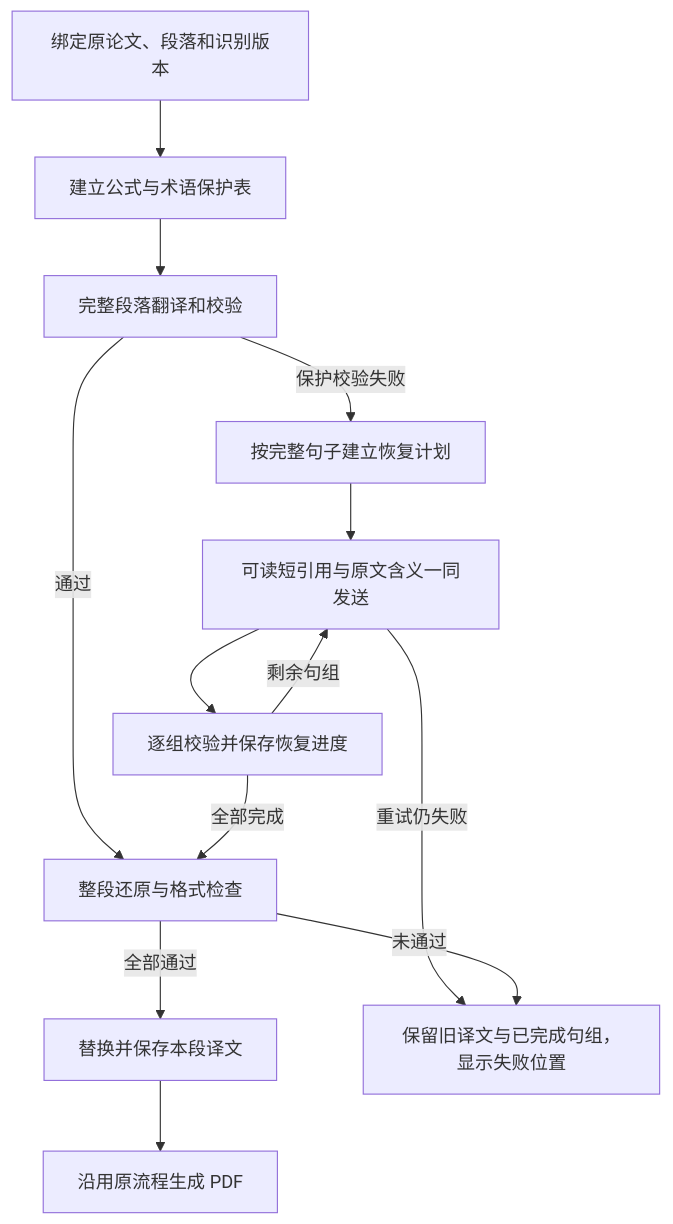
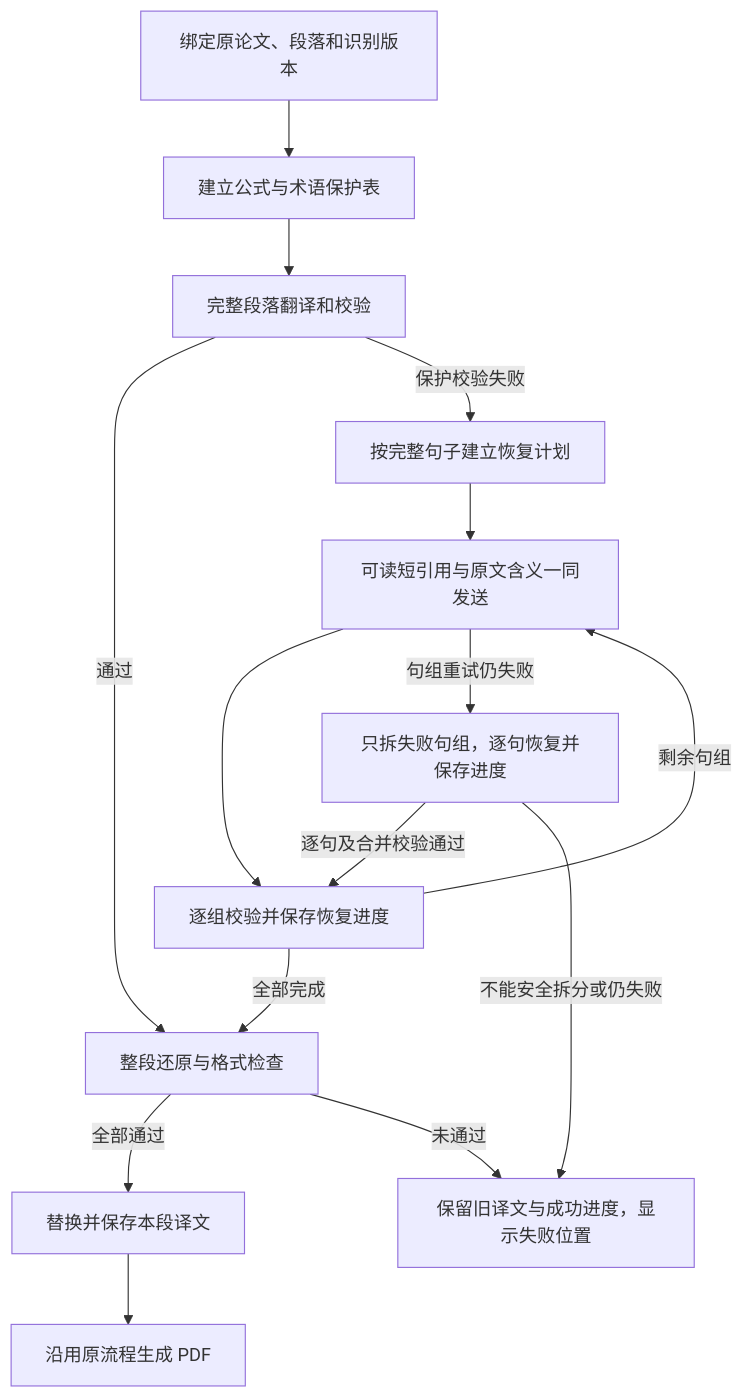
The diagram in docs/TRANSLATION_RECOVERY.zh-CN.md (alan-hpc/zotero-paper-weave), drawn with Mermaid before and after one commit. The commit also changed other lines of this file and 15 other files, not shown here.

````diff
--- a/docs/TRANSLATION_RECOVERY.zh-CN.md
+++ b/docs/TRANSLATION_RECOVERY.zh-CN.md
@@ -23,15 +25,17 @@
 ```mermaid
 flowchart TD
     A[绑定原论文、段落和识别版本] --> B[建立公式与术语保护表]
     B --> C[完整段落翻译和校验]
     C -->|通过| G[整段还原与格式检查]
     C -->|保护校验失败| D[按完整句子建立恢复计划]
     D --> E[可读短引用与原文含义一同发送]
     E --> F[逐组校验并保存恢复进度]
     F -->|剩余句组| E
     F -->|全部完成| G
     G -->|全部通过| H[替换并保存本段译文]
     H --> I[沿用原流程生成 PDF]
-    E -->|重试仍失败| J[保留旧译文与已完成句组，显示失败位置]
+    E -->|句组重试仍失败| K[只拆失败句组，逐句恢复并保存进度]
+    K -->|逐句及合并校验通过| F
+    K -->|不能安全拆分或仍失败| J[保留旧译文与成功进度，显示失败位置]
     G -->|未通过| J
 ```
````
